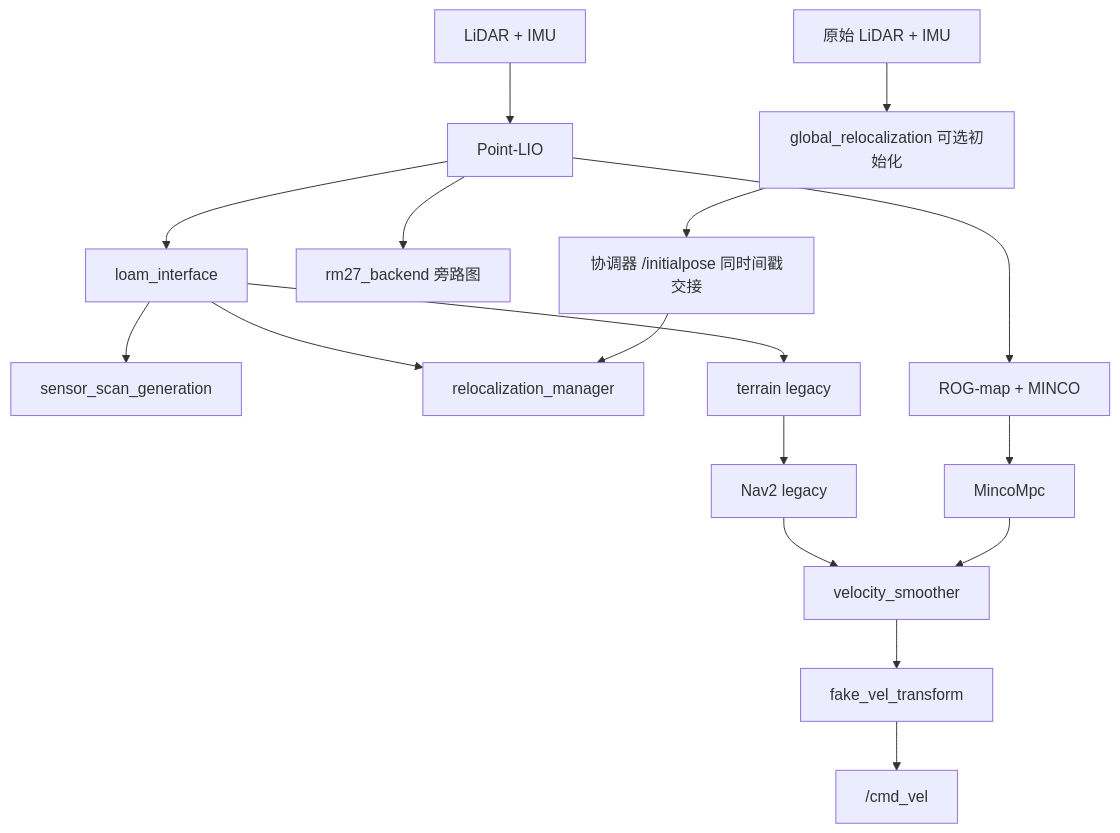
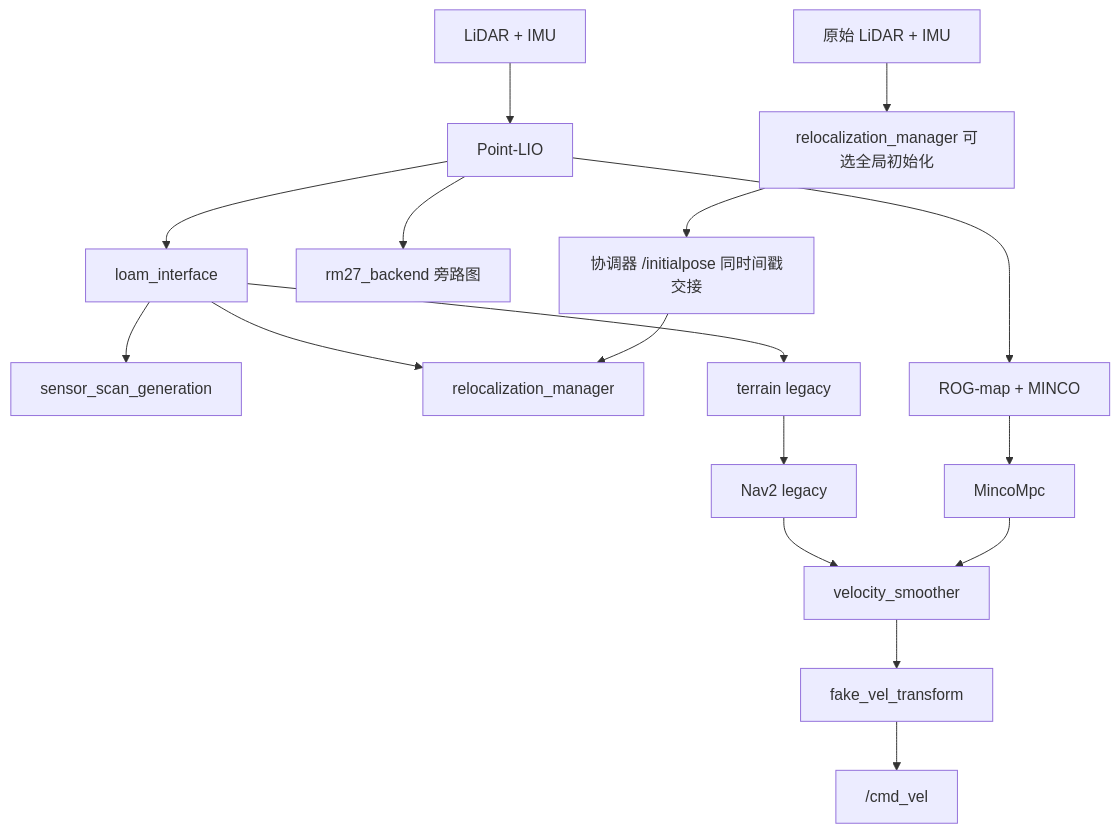
The diagram in README.md (PnX-HKUSTGZ/sentry_navgation_RM27), drawn with Mermaid before and after one commit. The commit also changed other lines of this file and 78 other files, not shown here.

````diff
--- a/README.md
+++ b/README.md
@@ -43,19 +43,19 @@
 ```mermaid
 flowchart TD
   L[LiDAR + IMU] --> P[Point-LIO]
   P --> I[loam_interface]
   I --> S[sensor_scan_generation]
   I --> R[relocalization_manager]
   P --> B[rm27_backend 旁路图]
-  RAW[原始 LiDAR + IMU] --> G[global_relocalization 可选初始化]
+  RAW[原始 LiDAR + IMU] --> G[relocalization_manager 可选全局初始化]
   G --> H[协调器 /initialpose 同时间戳交接]
   H --> R
   I --> T[terrain legacy]
   P --> M[ROG-map + MINCO]
   T --> N[Nav2 legacy]
   M --> C[MincoMpc]
   N --> V[velocity_smoother]
   C --> V
   V --> F[fake_vel_transform]
   F --> CMD["/cmd_vel"]
 ```
````
